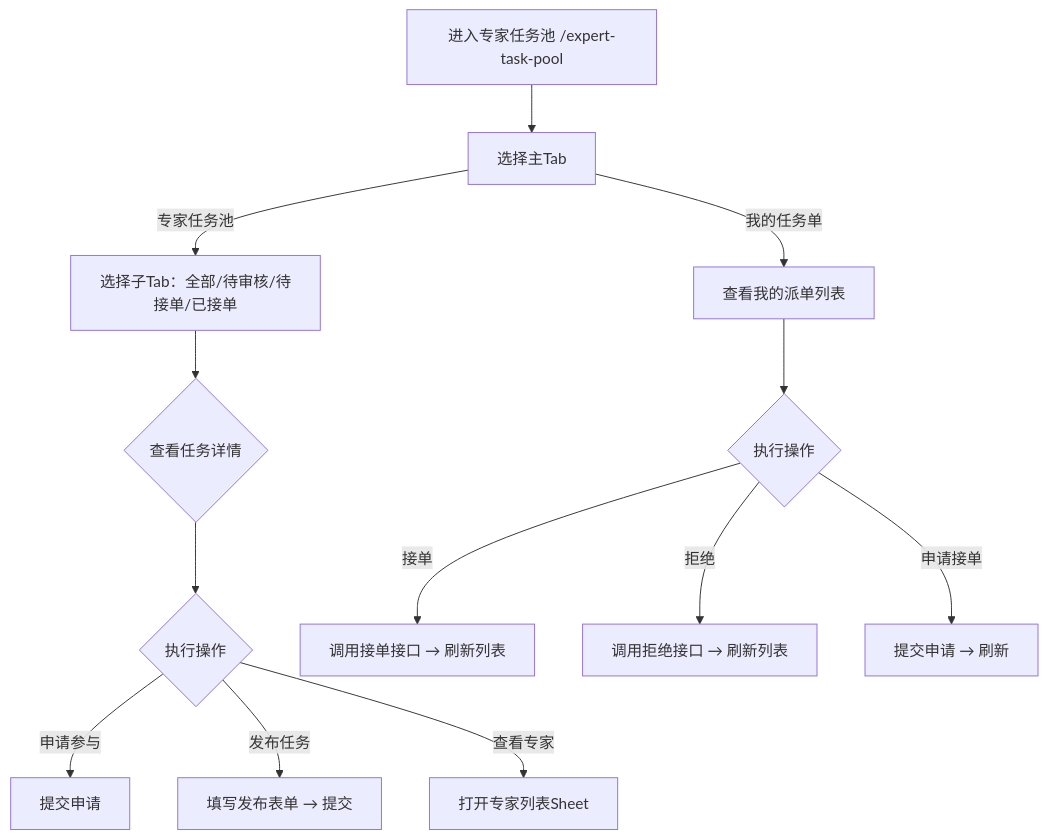
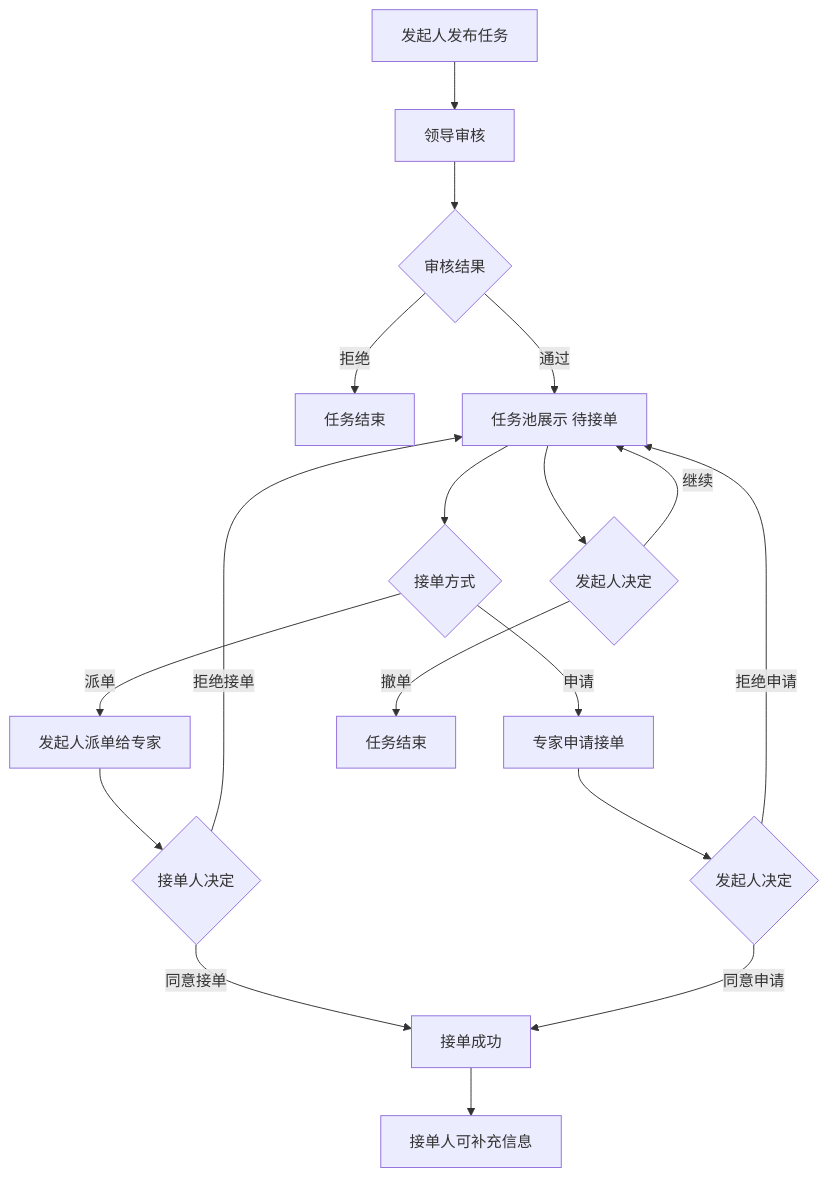
The first of 2 diagrams in public/prd/_routes/_expert-task-pool.md (cuiweihaoxuan-eng/lto-app), drawn with Mermaid before and after one commit. The commit also changed other lines of this file and 1 other file, not shown here.

````diff
--- a/public/prd/_routes/_expert-task-pool.md
+++ b/public/prd/_routes/_expert-task-pool.md
@@ -59,15 +77,25 @@
 ```mermaid
 graph TD
-    A[进入专家任务池 /expert-task-pool] --> B[选择主Tab]
-    B -->|专家任务池| C[选择子Tab：全部/待审核/待接单/已接单]
-    B -->|我的任务单| D[查看我的派单列表]
-    C --> E{查看任务详情}
-    E --> F{执行操作}
-    F -->|申请参与| G[提交申请]
-    F -->|发布任务| H[填写发布表单 → 提交]
-    F -->|查看专家| I[打开专家列表Sheet]
-    D --> J{执行操作}
-    J -->|接单| K[调用接单接口 → 刷新列表]
-    J -->|拒绝| L[调用拒绝接口 → 刷新列表]
-    J -->|申请接单| M[提交申请 → 刷新]
+    A[发起人发布任务] --> B[领导审核]
+    B --> C{审核结果}
+    C -->|拒绝| D[任务结束]
+    C -->|通过| E[任务池展示 待接单]
+
+    E --> F{接单方式}
+    F -->|派单| G[发起人派单给专家]
+    F -->|申请| H[专家申请接单]
+
+    G --> I{接单人决定}
+    I -->|同意接单| J[接单成功]
+    I -->|拒绝接单| E
+
+    H --> K{发起人决定}
+    K -->|同意申请| J
+    K -->|拒绝申请| E
+
+    J --> L[接单人可补充信息]
+
+    E --> M{发起人决定}
+    M -->|撤单| N[任务结束]
+    M -->|继续| E
 ```
````
